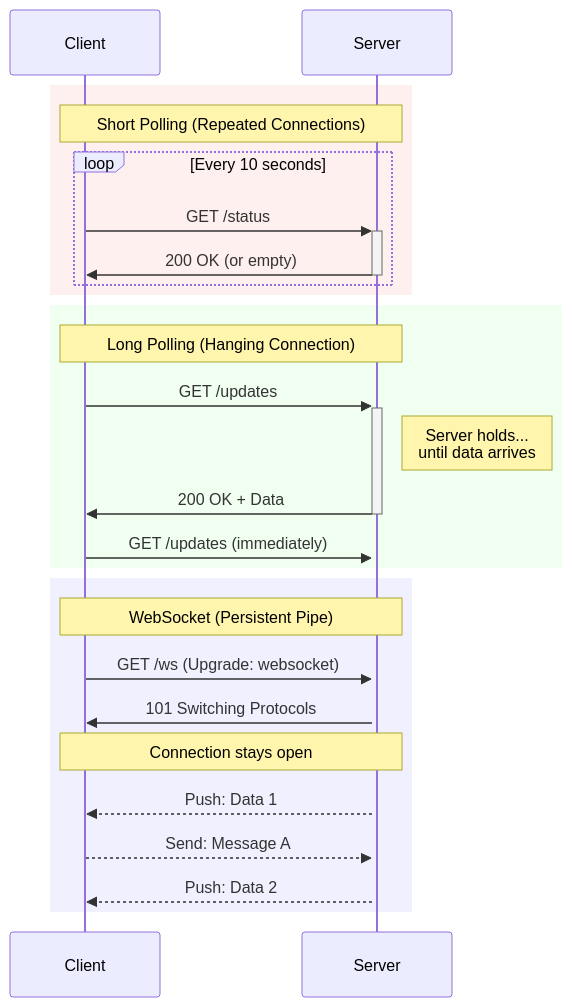
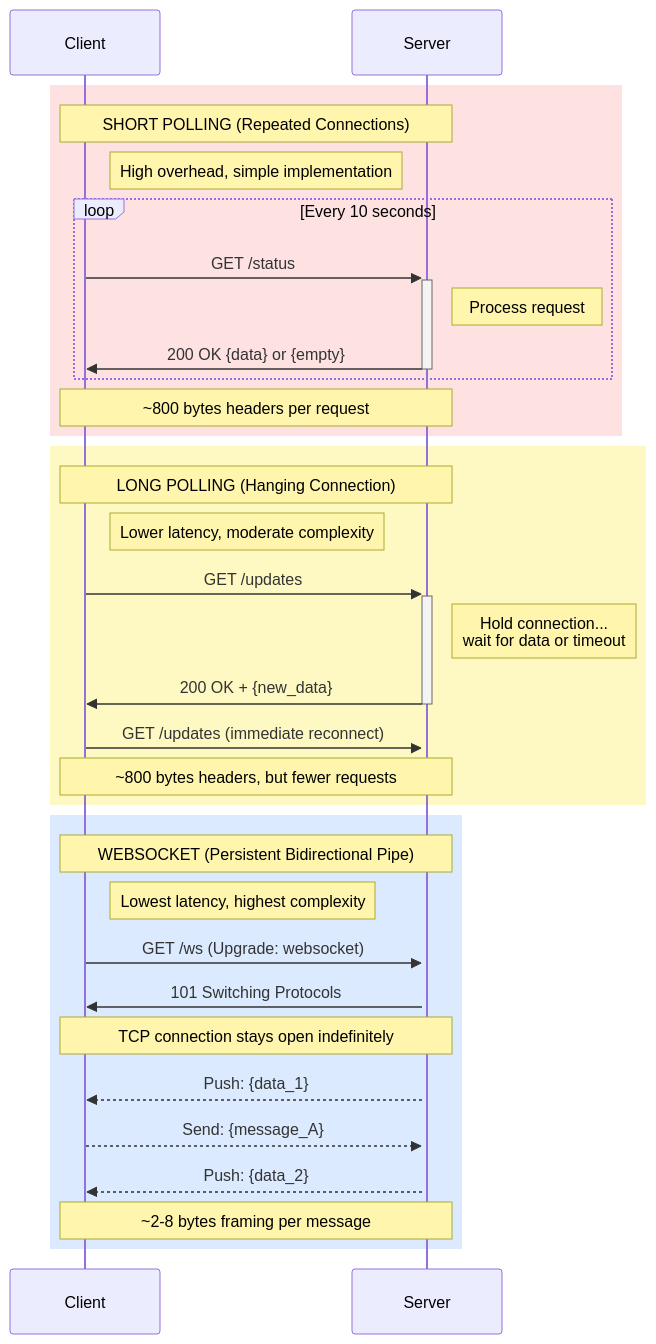
One commit to udaytamma/Cyrus changed the second of 3 diagrams in gemini-responses/real-time-polling-vs-websockets-20260120-1240.md. Above: the diagram before and after it, drawn with Mermaid. The commit also changed other lines of this file and 28 other files, not shown here.

First line of the commit message:
Upgrade Knowledge Base Mermaid diagrams to professional styling

````diff
--- a/gemini-responses/real-time-polling-vs-websockets-20260120-1240.md
+++ b/gemini-responses/real-time-polling-vs-websockets-20260120-1240.md
@@ -256,31 +280,38 @@
 ```mermaid
 sequenceDiagram
     participant C as Client
     participant S as Server
 
-    rect rgb(255, 240, 240)
-        Note over C,S: Short Polling (Repeated Connections)
+    rect rgb(254, 226, 226)
+        Note over C,S: SHORT POLLING (Repeated Connections)
+        Note right of C: High overhead, simple implementation
         loop Every 10 seconds
             C->>+S: GET /status
-            S->>-C: 200 OK (or empty)
+            Note right of S: Process request
+            S->>-C: 200 OK {data} or {empty}
         end
+        Note over C,S: ~800 bytes headers per request
     end
 
-    rect rgb(240, 255, 240)
-        Note over C,S: Long Polling (Hanging Connection)
+    rect rgb(254, 249, 195)
+        Note over C,S: LONG POLLING (Hanging Connection)
+        Note right of C: Lower latency, moderate complexity
         C->>+S: GET /updates
-        Note right of S: Server holds...<br/>until data arrives
-        S->>-C: 200 OK + Data
-        C->>+S: GET /updates (immediately)
+        Note right of S: Hold connection...<br/>wait for data or timeout
+        S->>-C: 200 OK + {new_data}
+        C->>+S: GET /updates (immediate reconnect)
+        Note over C,S: ~800 bytes headers, but fewer requests
     end
 
-    rect rgb(240, 240, 255)
-        Note over C,S: WebSocket (Persistent Pipe)
+    rect rgb(219, 234, 254)
+        Note over C,S: WEBSOCKET (Persistent Bidirectional Pipe)
+        Note right of C: Lowest latency, highest complexity
         C->>S: GET /ws (Upgrade: websocket)
         S->>C: 101 Switching Protocols
-        Note over C,S: Connection stays open
-        S-->>C: Push: Data 1
-        C-->>S: Send: Message A
-        S-->>C: Push: Data 2
+        Note over C,S: TCP connection stays open indefinitely
+        S-->>C: Push: {data_1}
+        C-->>S: Send: {message_A}
+        S-->>C: Push: {data_2}
+        Note over C,S: ~2-8 bytes framing per message
     end
 ```
````
